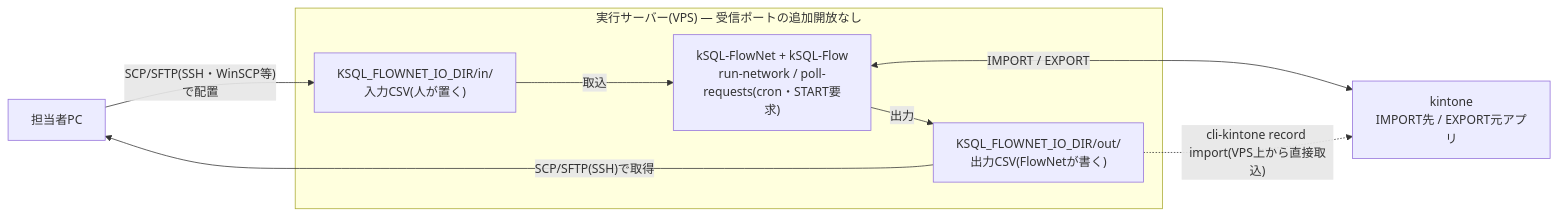
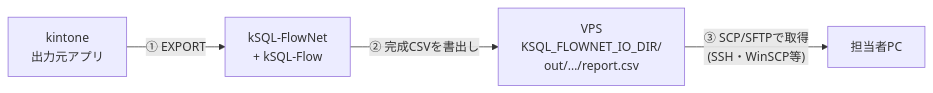
The second of 2 diagrams in docs/csv-io-operations.md (rex0220/ksql-flownet), drawn with Mermaid before and after one commit. The commit also changed other lines of this file, not shown here.

Commit message:
docs: 構成図を取込/出力の2図に分割し番号付きの直線フローへ

````diff
--- a/docs/csv-io-operations.md
+++ b/docs/csv-io-operations.md
@@ -7,16 +18,6 @@
 ```mermaid
 flowchart LR
-  PC["担当者PC"]
-  subgraph VPS["実行サーバー(VPS) — 受信ポートの追加開放なし"]
-    IN["KSQL_FLOWNET_IO_DIR/in/<br>入力CSV(人が置く)"]
-    OUT["KSQL_FLOWNET_IO_DIR/out/<br>出力CSV(FlowNetが書く)"]
-    FN["kSQL-FlowNet + kSQL-Flow<br>run-network / poll-requests(cron・START要求)"]
-  end
-  KT["kintone<br>IMPORT先 / EXPORT元アプリ"]
-  PC -->|"SCP/SFTP(SSH・WinSCP等)で配置"| IN
-  IN -->|取込| FN
-  FN <-->|"IMPORT / EXPORT"| KT
-  FN -->|出力| OUT
-  OUT -->|"SCP/SFTP(SSH)で取得"| PC
-  OUT -.->|"cli-kintone record import(VPS上から直接取込)"| KT
+  KT["kintone<br>出力元アプリ"] -->|"① EXPORT"| FN["kSQL-FlowNet<br>+ kSQL-Flow"]
+  FN -->|"② 完成CSVを書出し"| OUT["VPS<br>KSQL_FLOWNET_IO_DIR/<br>out/…/report.csv"]
+  OUT -->|"③ SCP/SFTPで取得<br>(SSH・WinSCP等)"| PC["担当者PC"]
 ```
````
